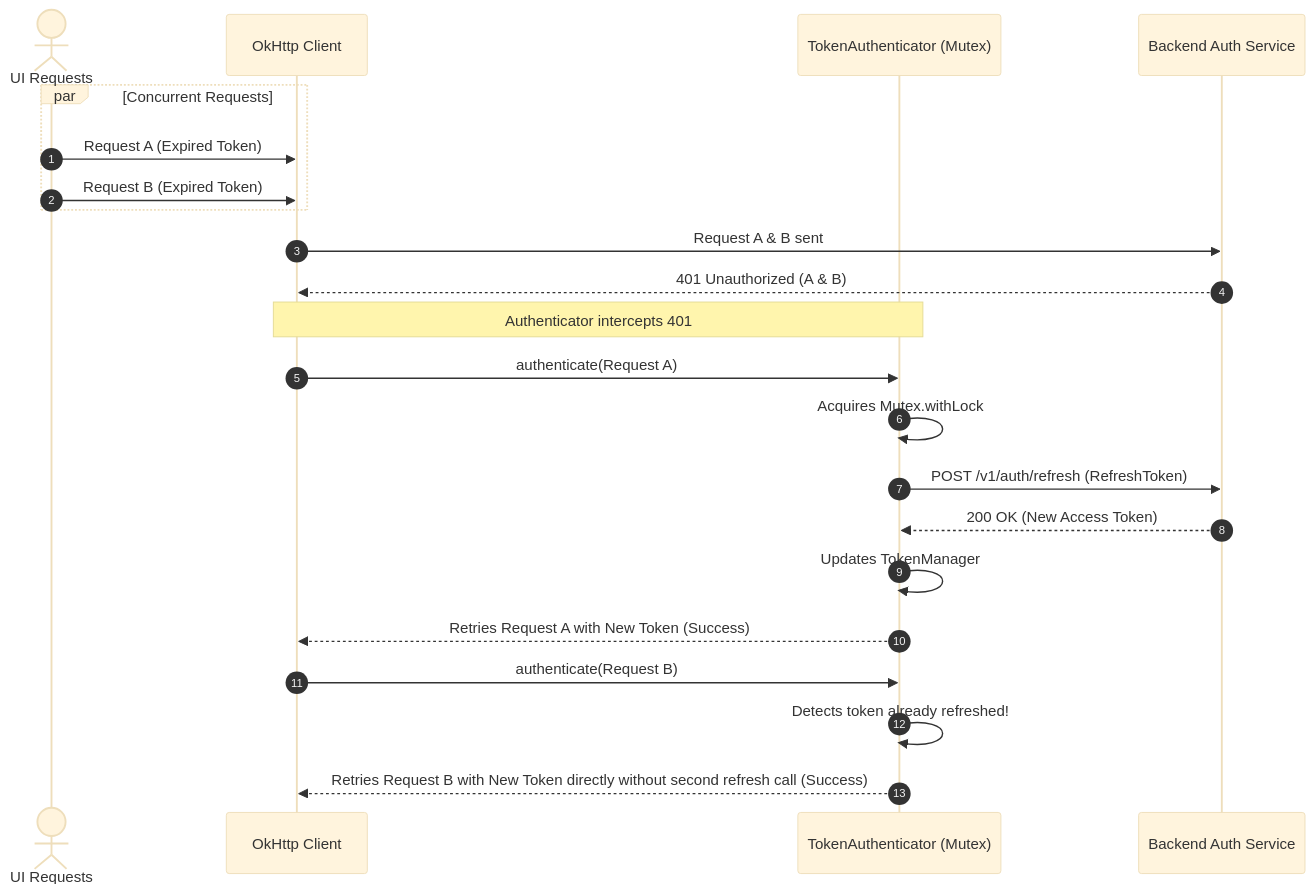
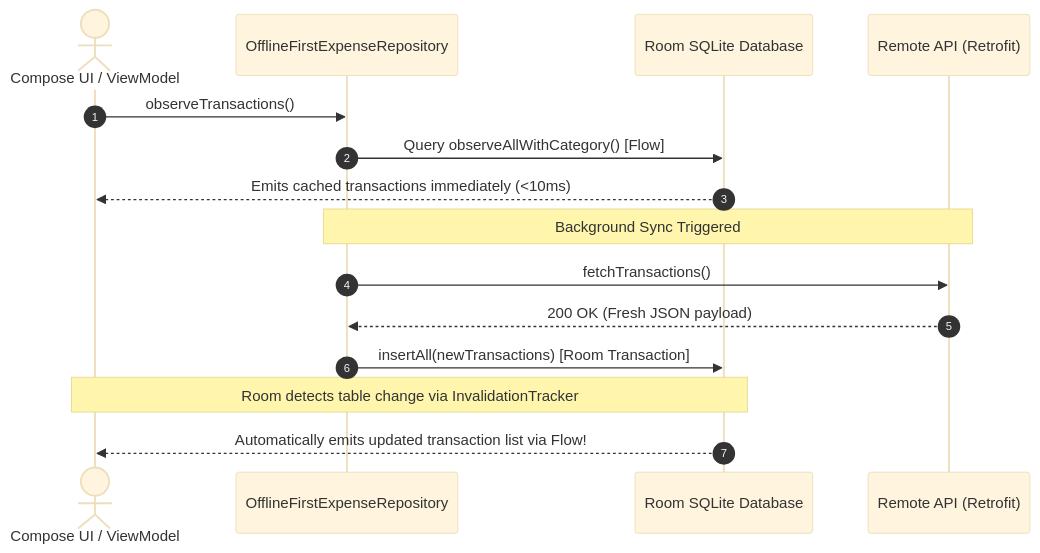
Before and after one commit to rohitlavate97/android-development: the diagram in enterprise-finance-tracker-real-time-app/ARCHITECTURE.md, drawn with Mermaid (base theme). The commit also changed other lines of this file and 15 other files, not shown here.

Commit message:
feat(stage-8): Implement local persistence with Room database, DAOs, TypeConverters, Preferences DataStore, and offline-first SSOT repository

````diff
--- a/enterprise-finance-tracker-real-time-app/ARCHITECTURE.md
+++ b/enterprise-finance-tracker-real-time-app/ARCHITECTURE.md
@@ -37,27 +41,20 @@
 ```mermaid
 sequenceDiagram
     autonumber
-    actor UI as UI Requests
-    participant OkHttp as OkHttp Client
-    participant Auth as TokenAuthenticator (Mutex)
-    participant Cloud as Backend Auth Service
+    actor UI as Compose UI / ViewModel
+    participant Repo as OfflineFirstExpenseRepository
+    participant DB as Room SQLite Database
+    participant Remote as Remote API (Retrofit)
 
-    par Concurrent Requests
-        UI->>OkHttp: Request A (Expired Token)
-        UI->>OkHttp: Request B (Expired Token)
-    end
-    OkHttp->>Cloud: Request A & B sent
-    Cloud-->>OkHttp: 401 Unauthorized (A & B)
+    UI->>Repo: observeTransactions()
+    Repo->>DB: Query observeAllWithCategory() [Flow]
+    DB-->>UI: Emits cached transactions immediately (<10ms)
 
-    Note over OkHttp,Auth: Authenticator intercepts 401
-    OkHttp->>Auth: authenticate(Request A)
-    Auth->>Auth: Acquires Mutex.withLock
-    Auth->>Cloud: POST /v1/auth/refresh (RefreshToken)
-    Cloud-->>Auth: 200 OK (New Access Token)
-    Auth->>Auth: Updates TokenManager
-    Auth-->>OkHttp: Retries Request A with New Token (Success)
+    Note over Repo,Remote: Background Sync Triggered
+    Repo->>Remote: fetchTransactions()
+    Remote-->>Repo: 200 OK (Fresh JSON payload)
+    Repo->>DB: insertAll(newTransactions) [Room Transaction]
 
-    OkHttp->>Auth: authenticate(Request B)
-    Auth->>Auth: Detects token already refreshed!
-    Auth-->>OkHttp: Retries Request B with New Token directly without second refresh call (Success)
+    Note over DB,UI: Room detects table change via InvalidationTracker
+    DB-->>UI: Automatically emits updated transaction list via Flow!
 ```
````
